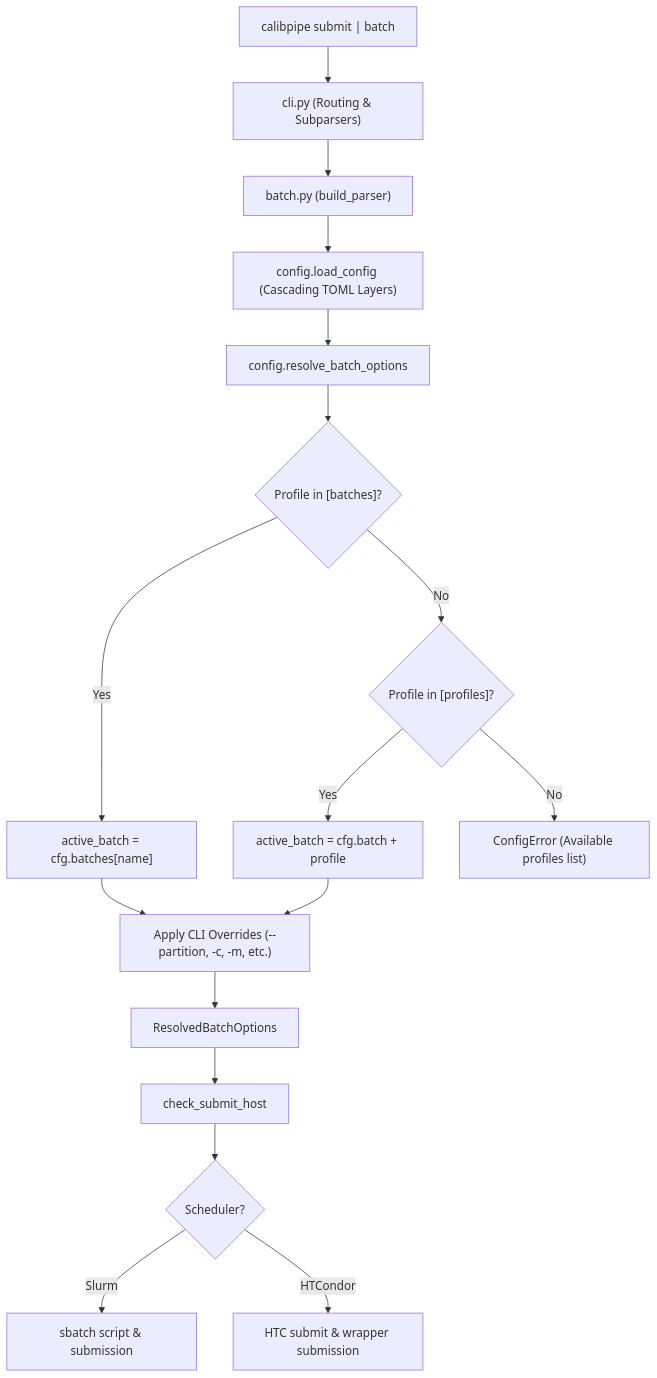
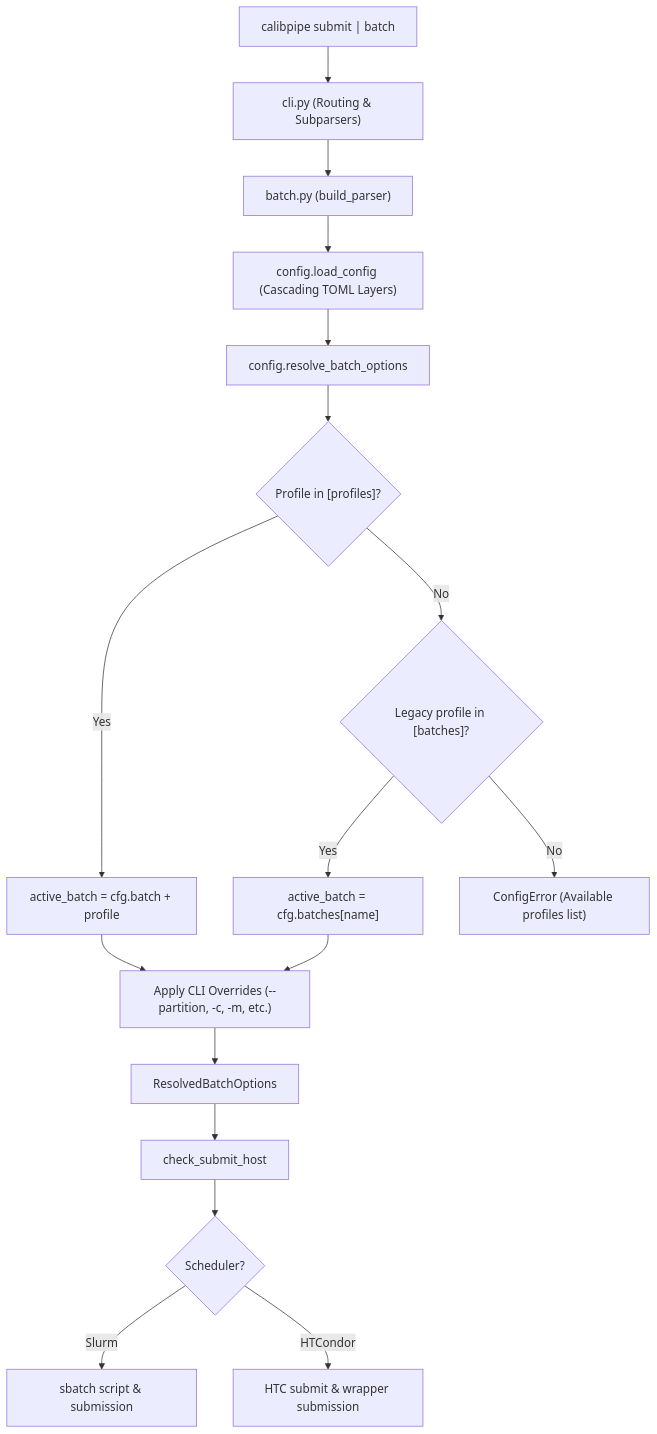
The fifth of 5 diagrams in docs/guide.md (ra-pipeline/calibpipe), drawn with Mermaid before and after one commit. The commit also changed other lines of this file and 13 other files, not shown here.

````diff
--- a/docs/guide.md
+++ b/docs/guide.md
@@ -767,19 +828,19 @@
 ```mermaid
 flowchart TD
     CLI["calibpipe submit | batch"] --> Router["cli.py (Routing & Subparsers)"]
     Router --> BatchParser["batch.py (build_parser)"]
     BatchParser --> CfgLoad["config.load_config (Cascading TOML Layers)"]
     CfgLoad --> Resolve["config.resolve_batch_options"]
-    Resolve --> CheckBatches{"Profile in [batches]?"}
+    Resolve --> CheckProfiles{"Profile in [profiles]?"}
+    CheckProfiles -- Yes --> ActiveProf["active_batch = cfg.batch + profile"]
+    CheckProfiles -- No --> CheckBatches{"Legacy profile in [batches]?"}
     CheckBatches -- Yes --> ActiveBatch["active_batch = cfg.batches[name]"]
-    CheckBatches -- No --> CheckProfiles{"Profile in [profiles]?"}
-    CheckProfiles -- Yes --> ActiveProf["active_batch = cfg.batch + profile"]
-    CheckProfiles -- No --> Err["ConfigError (Available profiles list)"]
-    ActiveBatch --> Override["Apply CLI Overrides (--partition, -c, -m, etc.)"]
-    ActiveProf --> Override
+    CheckBatches -- No --> Err["ConfigError (Available profiles list)"]
+    ActiveProf --> Override["Apply CLI Overrides (--partition, -c, -m, etc.)"]
+    ActiveBatch --> Override
     Override --> BatchOpts["ResolvedBatchOptions"]
     BatchOpts --> SubmitHostCheck["check_submit_host"]
     SubmitHostCheck --> SchedulerDispatch{"Scheduler?"}
     SchedulerDispatch -- Slurm --> SbatchGen["sbatch script & submission"]
     SchedulerDispatch -- HTCondor --> HTCGen["HTC submit & wrapper submission"]
 ```
````
